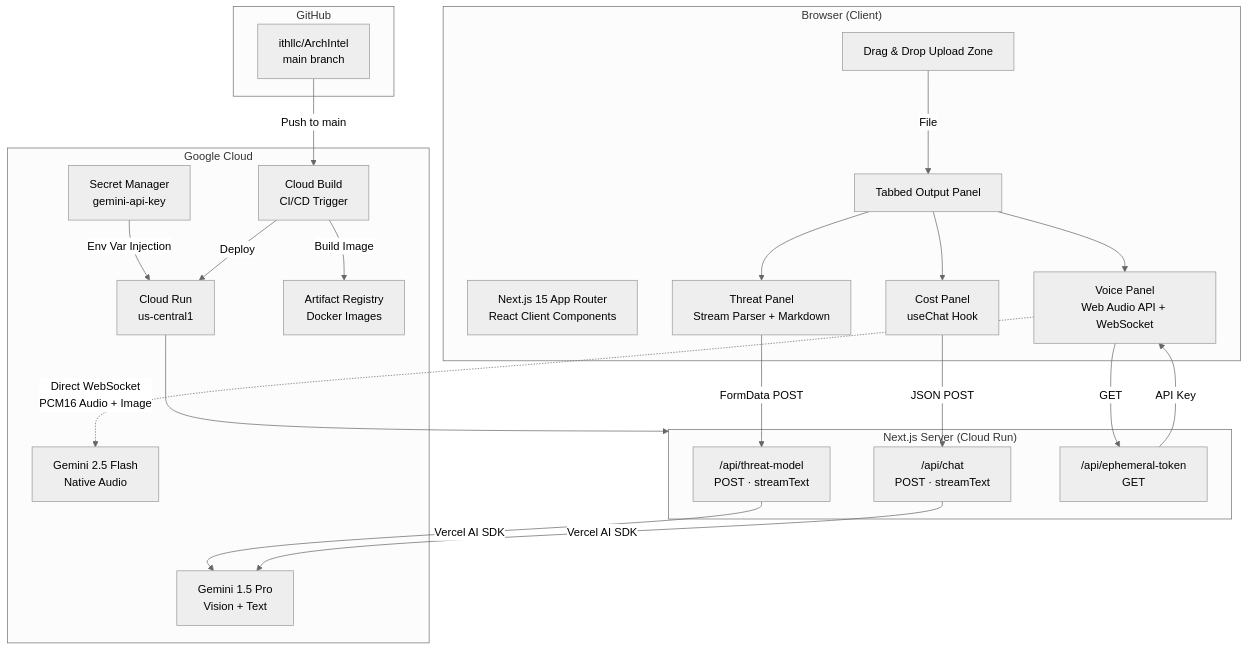
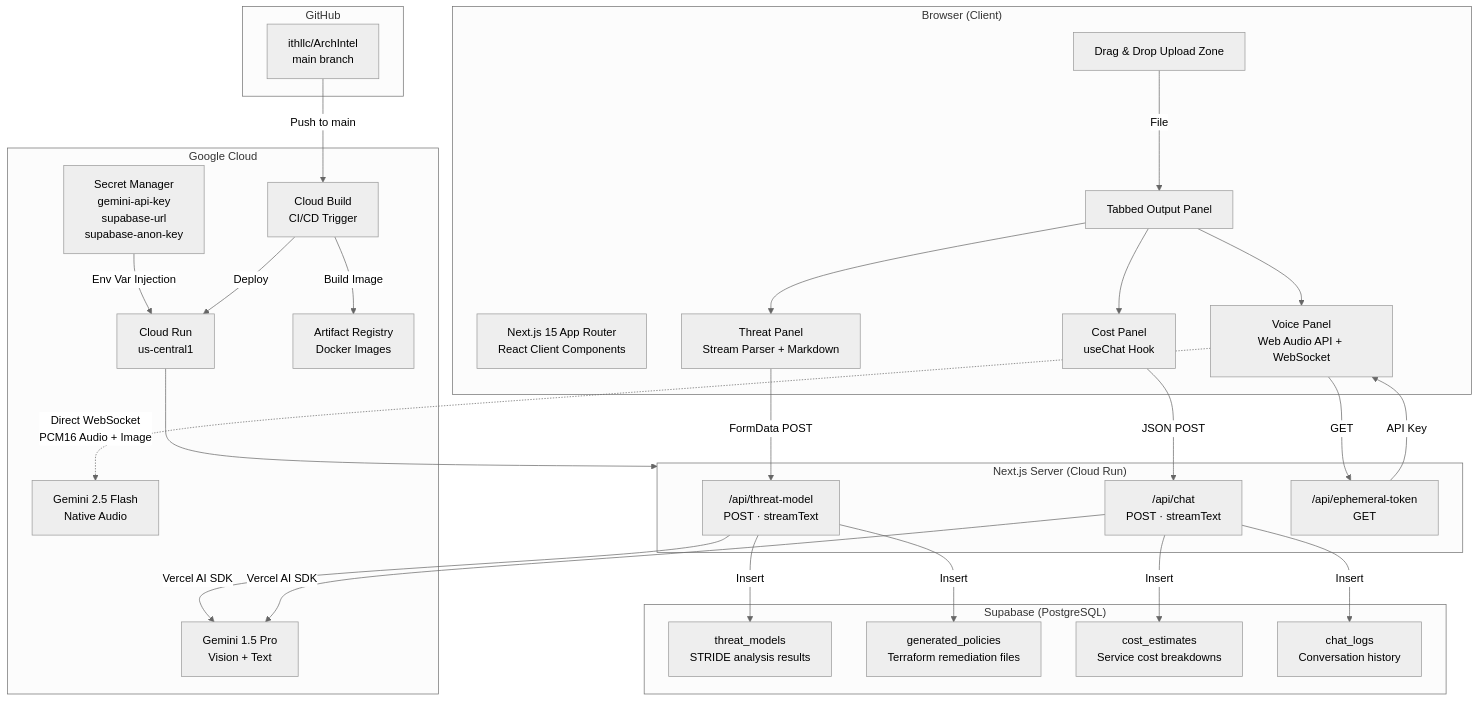
Before and after one commit to ithllc/ArchIntel: the first of 7 diagrams in docs/architecture/system-architecture.md, drawn with Mermaid (neutral theme). The commit also changed other lines of this file and 9 other files, not shown here.

First line of the commit message:
Integrate Supabase persistence, add test diagrams, update docs

````diff
--- a/docs/architecture/system-architecture.md
+++ b/docs/architecture/system-architecture.md
@@ -19,52 +19,64 @@
 ```mermaid
 graph TB
     subgraph Client["Browser (Client)"]
         UI[Next.js 15 App Router<br/>React Client Components]
         Upload[Drag & Drop Upload Zone]
         Tabs[Tabbed Output Panel]
         VoiceClient[Voice Panel<br/>Web Audio API + WebSocket]
         ThreatClient[Threat Panel<br/>Stream Parser + Markdown]
         CostClient[Cost Panel<br/>useChat Hook]
     end
 
     subgraph Server["Next.js Server (Cloud Run)"]
         ThreatAPI["/api/threat-model<br/>POST · streamText"]
         ChatAPI["/api/chat<br/>POST · streamText"]
         TokenAPI["/api/ephemeral-token<br/>GET"]
     end
 
     subgraph Google["Google Cloud"]
-        SecretMgr[Secret Manager<br/>gemini-api-key]
+        SecretMgr[Secret Manager<br/>gemini-api-key<br/>supabase-url<br/>supabase-anon-key]
         Gemini15[Gemini 1.5 Pro<br/>Vision + Text]
         GeminiFlash[Gemini 2.5 Flash<br/>Native Audio]
         CloudRun[Cloud Run<br/>us-central1]
         AR[Artifact Registry<br/>Docker Images]
         CloudBuild[Cloud Build<br/>CI/CD Trigger]
+    end
+
+    subgraph Supabase["Supabase (PostgreSQL)"]
+        ThreatTable[threat_models<br/>STRIDE analysis results]
+        PolicyTable[generated_policies<br/>Terraform remediation files]
+        CostTable[cost_estimates<br/>Service cost breakdowns]
+        ChatTable[chat_logs<br/>Conversation history]
     end
 
     subgraph GitHub["GitHub"]
         Repo[ithllc/ArchIntel<br/>main branch]
     end
 
     Upload -->|File| Tabs
     Tabs --> VoiceClient
     Tabs --> ThreatClient
     Tabs --> CostClient
 
     ThreatClient -->|FormData POST| ThreatAPI
     CostClient -->|JSON POST| ChatAPI
     VoiceClient -->|GET| TokenAPI
 
     ThreatAPI -->|Vercel AI SDK| Gemini15
     ChatAPI -->|Vercel AI SDK| Gemini15
     TokenAPI -->|API Key| VoiceClient
 
+    ThreatAPI -->|Insert| ThreatTable
+    ThreatAPI -->|Insert| PolicyTable
+    ChatAPI -->|Insert| CostTable
+    ChatAPI -->|Insert| ChatTable
+
     VoiceClient -.->|Direct WebSocket<br/>PCM16 Audio + Image| GeminiFlash
 
     SecretMgr -->|Env Var Injection| CloudRun
     CloudRun --> Server
 
     Repo -->|Push to main| CloudBuild
     CloudBuild -->|Build Image| AR
     CloudBuild -->|Deploy| CloudRun
 ```
````
